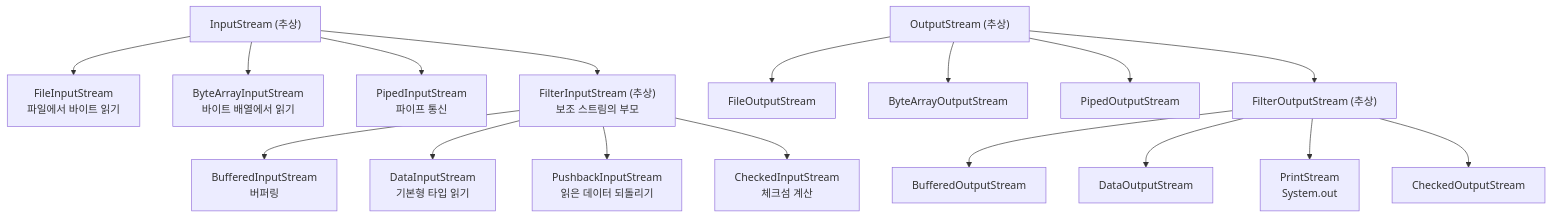
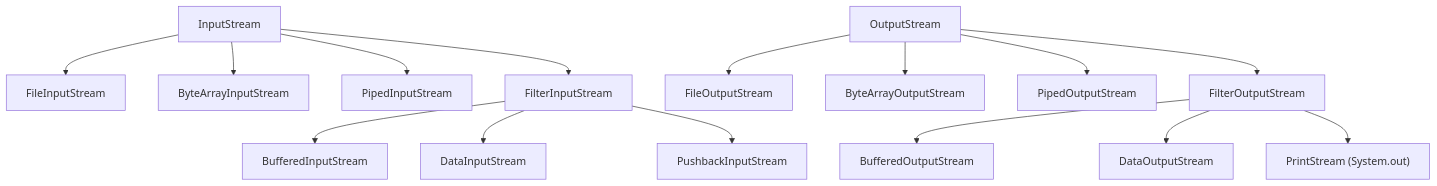
Before and after one commit to yjkim2015/yjkim2015.github.io: the third of 11 diagrams in _posts/java/2026-05-01-java-io.md, drawn with Mermaid. The commit also changed other lines of this file and 215 other files, not shown here.

First line of the commit message:
신규 포스트 10개 추가 + Mermaid 전면 축소 + SystemDesign 시리즈 보강

````diff
--- a/_posts/java/2026-05-01-java-io.md
+++ b/_posts/java/2026-05-01-java-io.md
@@ -62,40 +52,7 @@
 ```mermaid
 graph TD
-    IS["InputStream (추상)"]
-    FIS["FileInputStream<br>파일에서 바이트 읽기"]
-    BAIS["ByteArrayInputStream<br>바이트 배열에서 읽기"]
-    PIS["PipedInputStream<br>파이프 통신"]
-    FLIS["FilterInputStream (추상)<br>보조 스트림의 부모"]
-    BIS["BufferedInputStream<br>버퍼링"]
-    DIS["DataInputStream<br>기본형 타입 읽기"]
-    PBIS["PushbackInputStream<br>읽은 데이터 되돌리기"]
-    CIS["CheckedInputStream<br>체크섬 계산"]
-
-    IS --> FIS
-    IS --> BAIS
-    IS --> PIS
-    IS --> FLIS
-    FLIS --> BIS
-    FLIS --> DIS
-    FLIS --> PBIS
-    FLIS --> CIS
-
-    OS["OutputStream (추상)"]
-    FOS["FileOutputStream"]
-    BAOS["ByteArrayOutputStream"]
-    POS["PipedOutputStream"]
-    FLOS["FilterOutputStream (추상)"]
-    BOS["BufferedOutputStream"]
-    DOS["DataOutputStream"]
-    PS["PrintStream<br>System.out"]
-    COS["CheckedOutputStream"]
-
-    OS --> FOS
-    OS --> BAOS
-    OS --> POS
-    OS --> FLOS
-    FLOS --> BOS
-    FLOS --> DOS
-    FLOS --> PS
-    FLOS --> COS
+    IS["InputStream"] --> FIS["FileInputStream"] & BAIS["ByteArrayInputStream"] & PIS["PipedInputStream"] & FLIS["FilterInputStream"]
+    FLIS --> BIS["BufferedInputStream"] & DIS["DataInputStream"] & PBIS["PushbackInputStream"]
+    OS["OutputStream"] --> FOS["FileOutputStream"] & BAOS["ByteArrayOutputStream"] & POS["PipedOutputStream"] & FLOS["FilterOutputStream"]
+    FLOS --> BOS["BufferedOutputStream"] & DOS["DataOutputStream"] & PS["PrintStream (System.out)"]
 ```
````
